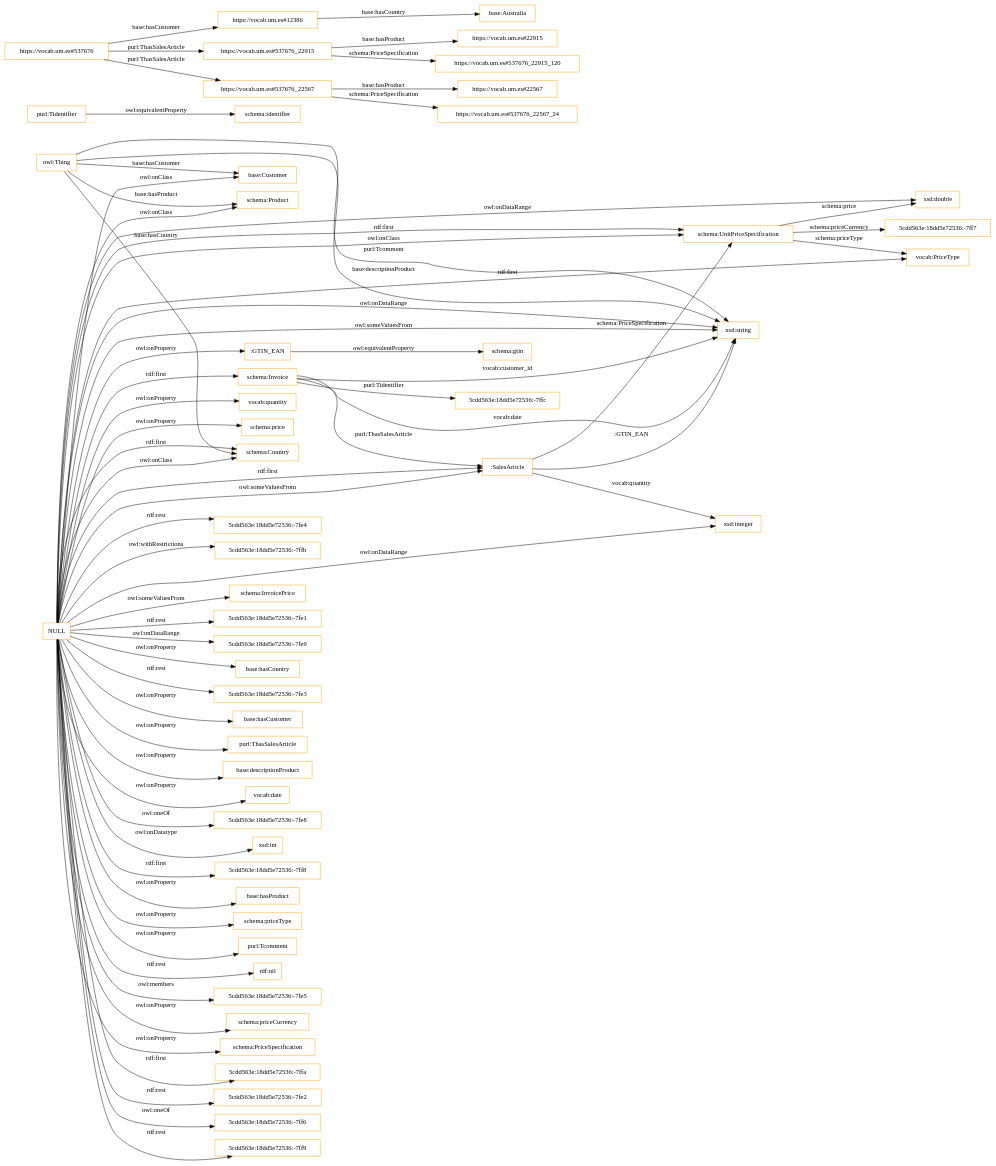
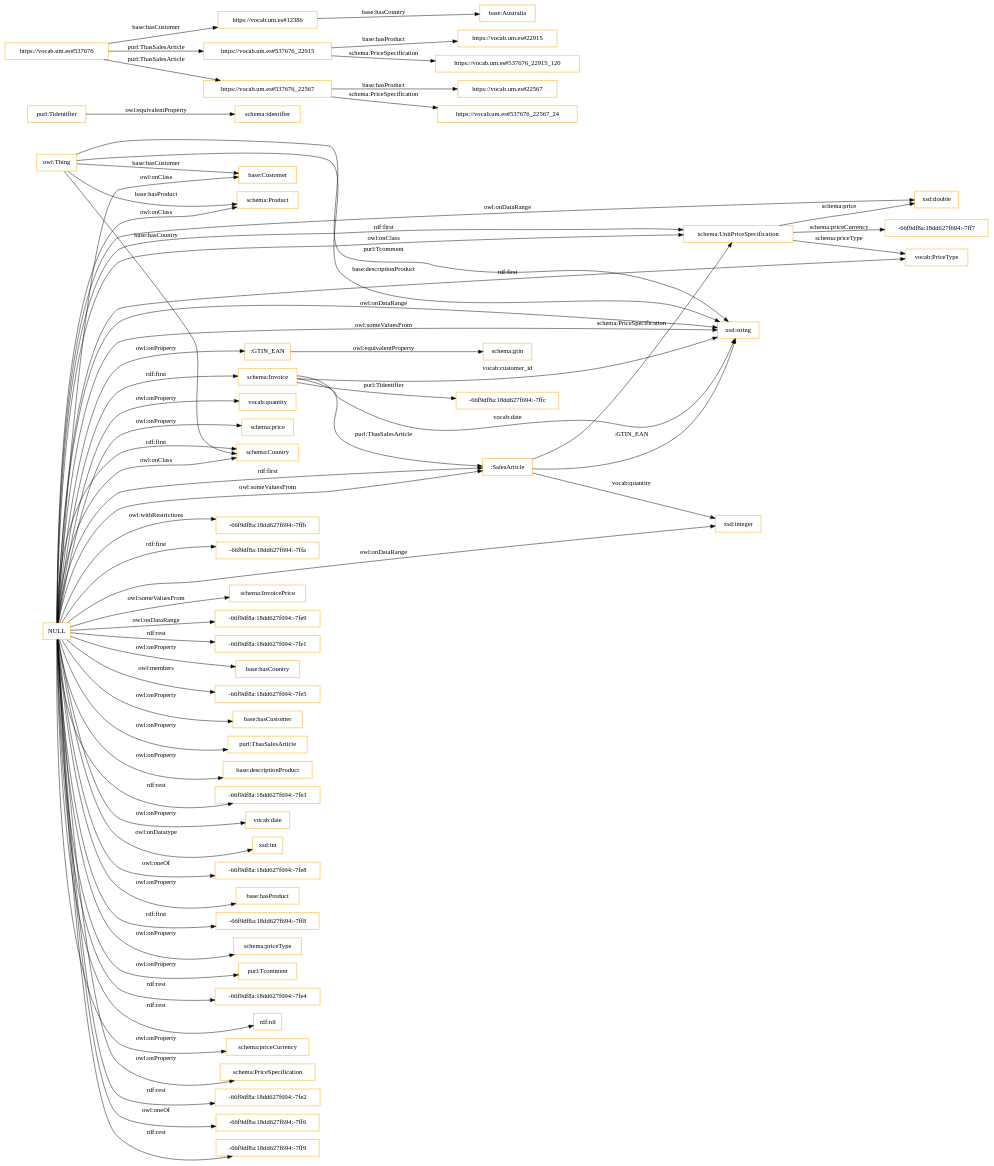
The diagram in OnToology/ontologies/eCommerce_ontology_human.owl/diagrams/ar2dtool-class/eCommerce_ontology_human.owl.png.dot (tecnomod-um/OntoGenixEvaluation), drawn with Graphviz before and after one commit. The commit also changed 30 other files, not shown here.

```diff
--- a/OnToology/ontologies/eCommerce_ontology_human.owl/diagrams/ar2dtool-class/eCommerce_ontology_human.owl.png.dot
+++ b/OnToology/ontologies/eCommerce_ontology_human.owl/diagrams/ar2dtool-class/eCommerce_ontology_human.owl.png.dot
@@ -1,73 +1,73 @@
 digraph ar2dtool_diagram { 
 rankdir=LR;
 size="1501"
 node [shape = rectangle, color="orange"]; "vocab:PriceType" "base:Customer" "schema:UnitPriceSpecification" "schema:Product" "schema:InvoicePrice" "schema:Invoice" "schema:Country" ":SalesArticle" ; /*classes style*/
-	"NULL" -> "5cdd563e:18dd5e72536:-7fe1" [ label = "rdf:rest" ];
-	"NULL" -> "5cdd563e:18dd5e72536:-7fe9" [ label = "owl:onDataRange" ];
+	"NULL" -> "-66f9df8a:18dd627f694:-7fe9" [ label = "owl:onDataRange" ];
+	"NULL" -> "-66f9df8a:18dd627f694:-7fe1" [ label = "rdf:rest" ];
 	"NULL" -> "schema:Country" [ label = "rdf:first" ];
 	"NULL" -> "base:hasCountry" [ label = "owl:onProperty" ];
+	"NULL" -> "-66f9df8a:18dd627f694:-7fe5" [ label = "owl:members" ];
 	"NULL" -> ":SalesArticle" [ label = "rdf:first" ];
 	"NULL" -> "schema:UnitPriceSpecification" [ label = "owl:onClass" ];
-	"NULL" -> "5cdd563e:18dd5e72536:-7fe3" [ label = "rdf:rest" ];
 	"NULL" -> "xsd:integer" [ label = "owl:onDataRange" ];
 	"NULL" -> "base:hasCustomer" [ label = "owl:onProperty" ];
 	"NULL" -> "purl:ThasSalesArticle" [ label = "owl:onProperty" ];
 	"NULL" -> "base:descriptionProduct" [ label = "owl:onProperty" ];
+	"NULL" -> "-66f9df8a:18dd627f694:-7fe3" [ label = "rdf:rest" ];
 	"NULL" -> "schema:InvoicePrice" [ label = "owl:someValuesFrom" ];
 	"NULL" -> "vocab:date" [ label = "owl:onProperty" ];
-	"NULL" -> "5cdd563e:18dd5e72536:-7fe8" [ label = "owl:oneOf" ];
 	"NULL" -> "xsd:int" [ label = "owl:onDatatype" ];
-	"NULL" -> "5cdd563e:18dd5e72536:-7ff8" [ label = "rdf:first" ];
+	"NULL" -> "-66f9df8a:18dd627f694:-7fe8" [ label = "owl:oneOf" ];
 	"NULL" -> "vocab:PriceType" [ label = "rdf:first" ];
+	"NULL" -> ":SalesArticle" [ label = "owl:someValuesFrom" ];
 	"NULL" -> "base:hasProduct" [ label = "owl:onProperty" ];
-	"NULL" -> ":SalesArticle" [ label = "owl:someValuesFrom" ];
+	"NULL" -> "-66f9df8a:18dd627f694:-7ff8" [ label = "rdf:first" ];
 	"NULL" -> "schema:priceType" [ label = "owl:onProperty" ];
 	"NULL" -> "purl:Tcomment" [ label = "owl:onProperty" ];
+	"NULL" -> "-66f9df8a:18dd627f694:-7fe4" [ label = "rdf:rest" ];
 	"NULL" -> "rdf:nil" [ label = "rdf:rest" ];
-	"NULL" -> "5cdd563e:18dd5e72536:-7fe5" [ label = "owl:members" ];
 	"NULL" -> "schema:Invoice" [ label = "rdf:first" ];
 	"NULL" -> "schema:priceCurrency" [ label = "owl:onProperty" ];
 	"NULL" -> "schema:Product" [ label = "owl:onClass" ];
 	"NULL" -> "schema:PriceSpecification" [ label = "owl:onProperty" ];
-	"NULL" -> "5cdd563e:18dd5e72536:-7ffa" [ label = "rdf:first" ];
-	"NULL" -> "5cdd563e:18dd5e72536:-7fe2" [ label = "rdf:rest" ];
+	"NULL" -> "-66f9df8a:18dd627f694:-7fe2" [ label = "rdf:rest" ];
 	"NULL" -> "schema:UnitPriceSpecification" [ label = "rdf:first" ];
 	"NULL" -> "xsd:string" [ label = "owl:onDataRange" ];
-	"NULL" -> "5cdd563e:18dd5e72536:-7ff6" [ label = "owl:oneOf" ];
-	"NULL" -> "5cdd563e:18dd5e72536:-7ff9" [ label = "rdf:rest" ];
 	"NULL" -> "schema:Country" [ label = "owl:onClass" ];
+	"NULL" -> "-66f9df8a:18dd627f694:-7ff6" [ label = "owl:oneOf" ];
+	"NULL" -> "-66f9df8a:18dd627f694:-7ff9" [ label = "rdf:rest" ];
 	"NULL" -> "xsd:double" [ label = "owl:onDataRange" ];
 	"NULL" -> ":GTIN_EAN" [ label = "owl:onProperty" ];
 	"NULL" -> "vocab:quantity" [ label = "owl:onProperty" ];
+	"NULL" -> "schema:price" [ label = "owl:onProperty" ];
 	"NULL" -> "base:Customer" [ label = "owl:onClass" ];
-	"NULL" -> "schema:price" [ label = "owl:onProperty" ];
-	"NULL" -> "5cdd563e:18dd5e72536:-7fe4" [ label = "rdf:rest" ];
-	"NULL" -> "5cdd563e:18dd5e72536:-7ffb" [ label = "owl:withRestrictions" ];
+	"NULL" -> "-66f9df8a:18dd627f694:-7ffb" [ label = "owl:withRestrictions" ];
+	"NULL" -> "-66f9df8a:18dd627f694:-7ffa" [ label = "rdf:first" ];
 	"NULL" -> "xsd:string" [ label = "owl:someValuesFrom" ];
 	"purl:Tidentifier" -> "schema:identifier" [ label = "owl:equivalentProperty" ];
 	"https://vocab.um.es#537676" -> "https://vocab.um.es#12386" [ label = "base:hasCustomer" ];
 	"https://vocab.um.es#537676" -> "https://vocab.um.es#537676_22915" [ label = "purl:ThasSalesArticle" ];
 	"https://vocab.um.es#537676" -> "https://vocab.um.es#537676_22567" [ label = "purl:ThasSalesArticle" ];
 	"https://vocab.um.es#537676_22567" -> "https://vocab.um.es#22567" [ label = "base:hasProduct" ];
 	"https://vocab.um.es#537676_22567" -> "https://vocab.um.es#537676_22567_24" [ label = "schema:PriceSpecification" ];
 	"https://vocab.um.es#537676_22915" -> "https://vocab.um.es#22915" [ label = "base:hasProduct" ];
 	"https://vocab.um.es#537676_22915" -> "https://vocab.um.es#537676_22915_120" [ label = "schema:PriceSpecification" ];
 	"https://vocab.um.es#12386" -> "base:Australia" [ label = "base:hasCountry" ];
 	":GTIN_EAN" -> "schema:gtin" [ label = "owl:equivalentProperty" ];
 	"schema:Invoice" -> "xsd:string" [ label = "vocab:date" ];
 	":SalesArticle" -> "schema:UnitPriceSpecification" [ label = "schema:PriceSpecification" ];
 	"owl:Thing" -> "xsd:string" [ label = "purl:Tcomment" ];
 	"owl:Thing" -> "schema:Country" [ label = "base:hasCountry" ];
 	"owl:Thing" -> "base:Customer" [ label = "base:hasCustomer" ];
 	"schema:Invoice" -> ":SalesArticle" [ label = "purl:ThasSalesArticle" ];
 	":SalesArticle" -> "xsd:integer" [ label = "vocab:quantity" ];
-	"schema:Invoice" -> "5cdd563e:18dd5e72536:-7ffc" [ label = "purl:Tidentifier" ];
+	"schema:Invoice" -> "-66f9df8a:18dd627f694:-7ffc" [ label = "purl:Tidentifier" ];
 	"schema:Invoice" -> "xsd:string" [ label = "vocab:customer_id" ];
 	"schema:UnitPriceSpecification" -> "xsd:double" [ label = "schema:price" ];
 	":SalesArticle" -> "xsd:string" [ label = ":GTIN_EAN" ];
 	"schema:UnitPriceSpecification" -> "vocab:PriceType" [ label = "schema:priceType" ];
 	"owl:Thing" -> "xsd:string" [ label = "base:descriptionProduct" ];
 	"owl:Thing" -> "schema:Product" [ label = "base:hasProduct" ];
-	"schema:UnitPriceSpecification" -> "5cdd563e:18dd5e72536:-7ff7" [ label = "schema:priceCurrency" ];
+	"schema:UnitPriceSpecification" -> "-66f9df8a:18dd627f694:-7ff7" [ label = "schema:priceCurrency" ];
 
 }
```
